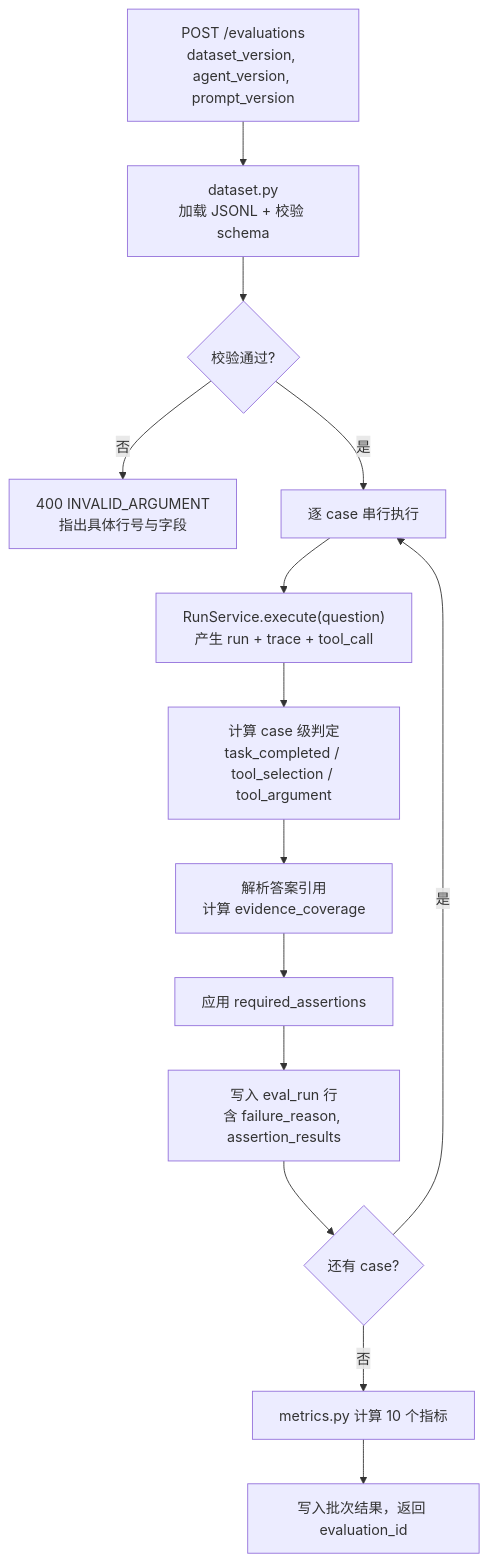
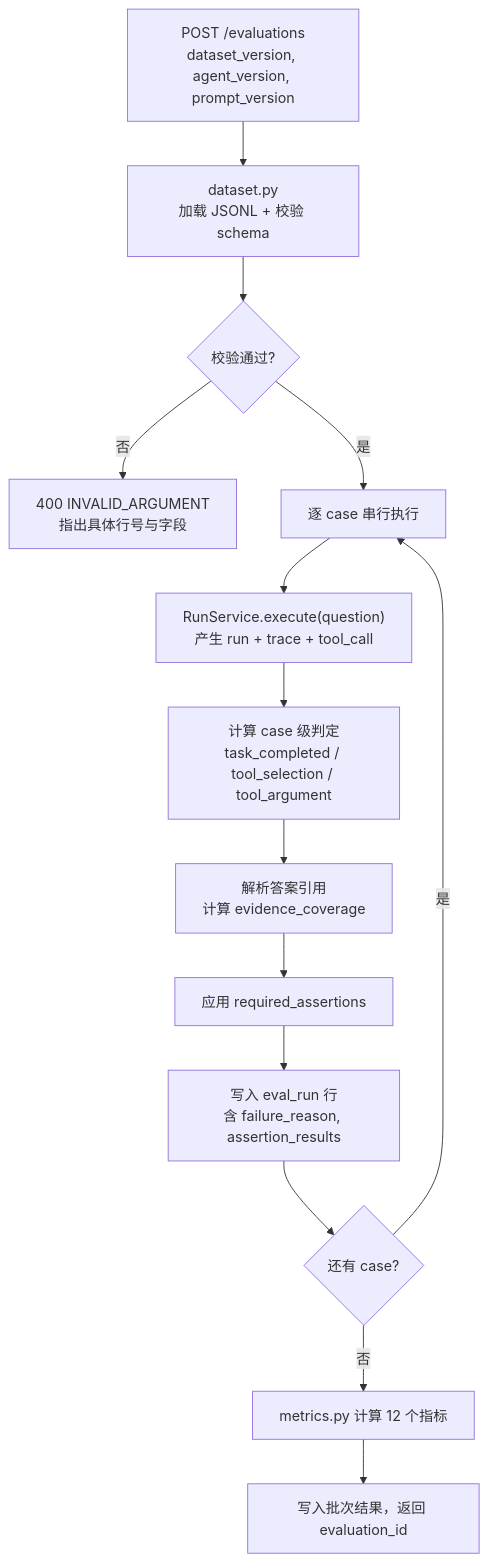
The diagram in docs/EVALUATION.md (zhang2y17/AgentTrace), drawn with Mermaid before and after one commit. The commit also changed other lines of this file and 10 other files, not shown here.

````diff
--- a/docs/EVALUATION.md
+++ b/docs/EVALUATION.md
@@ -250,16 +256,16 @@
 ```mermaid
 flowchart TD
     A["POST /evaluations<br/>dataset_version, agent_version, prompt_version"] --> B["dataset.py<br/>加载 JSONL + 校验 schema"]
     B --> C{"校验通过?"}
     C -- 否 --> Z["400 INVALID_ARGUMENT<br/>指出具体行号与字段"]
     C -- 是 --> D["逐 case 串行执行"]
     D --> E["RunService.execute(question)<br/>产生 run + trace + tool_call"]
     E --> F["计算 case 级判定<br/>task_completed / tool_selection / tool_argument"]
     F --> G["解析答案引用<br/>计算 evidence_coverage"]
     G --> H["应用 required_assertions"]
     H --> I["写入 eval_run 行<br/>含 failure_reason, assertion_results"]
     I --> J{"还有 case?"}
     J -- 是 --> D
-    J -- 否 --> K["metrics.py 计算 10 个指标"]
+    J -- 否 --> K["metrics.py 计算 12 个指标"]
     K --> L["写入批次结果，返回 evaluation_id"]
 ```
````
